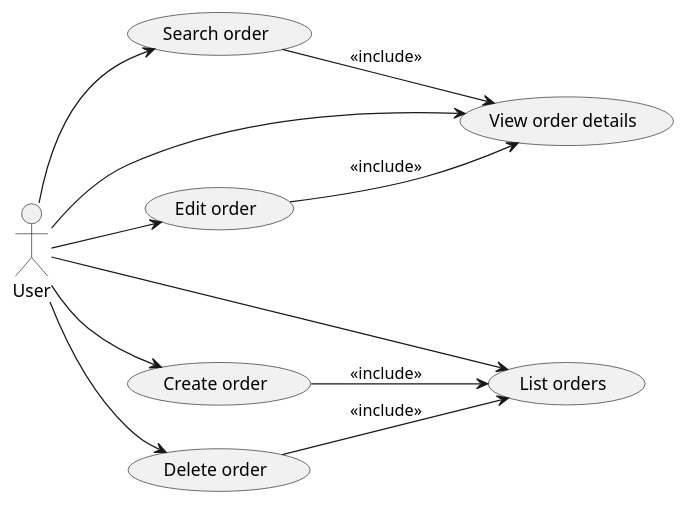
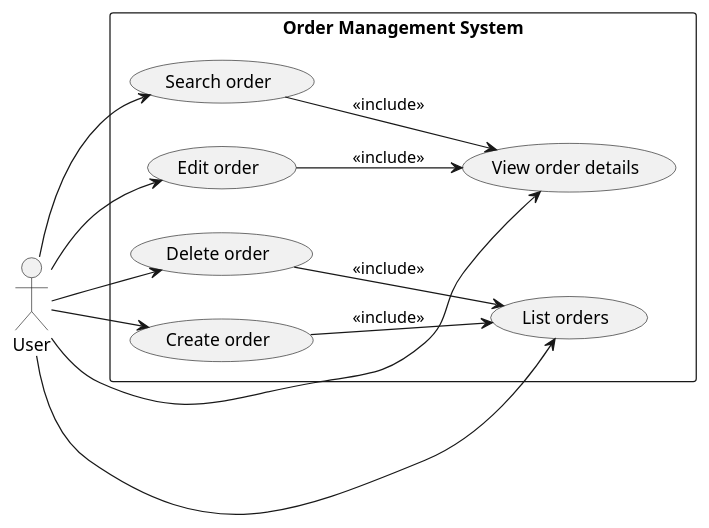
One commit to SebastianSubra/sebastian-subra changed the diagram in demo/src/main/resources/plantuml/casos.puml. Above: the diagram before and after it, drawn with PlantUML. The commit also changed 9 other files, not shown here.

```diff
--- a/demo/src/main/resources/plantuml/casos.puml
+++ b/demo/src/main/resources/plantuml/casos.puml
@@ -1,18 +1,28 @@
 @startuml
 left to right direction
 
 actor User
+
+rectangle "Order Management System" {
+
+  (List orders)
+  (Search order)
+  (View order details)
+  (Create order)
+  (Edit order)
+  (Delete order)
+
+  (Search order) --> (View order details) : <<include>>
+  (Create order) --> (List orders) : <<include>>
+  (Edit order) --> (View order details) : <<include>>
+  (Delete order) --> (List orders) : <<include>>
+}
 
 User --> (List orders)
 User --> (Search order)
 User --> (View order details)
 User --> (Create order)
 User --> (Edit order)
 User --> (Delete order)
 
-(Search order) --> (View order details) : <<include>>
-(Create order) --> (List orders) : <<include>>
-(Edit order) --> (View order details) : <<include>>
-(Delete order) --> (List orders) : <<include>>
-
 @enduml
```
